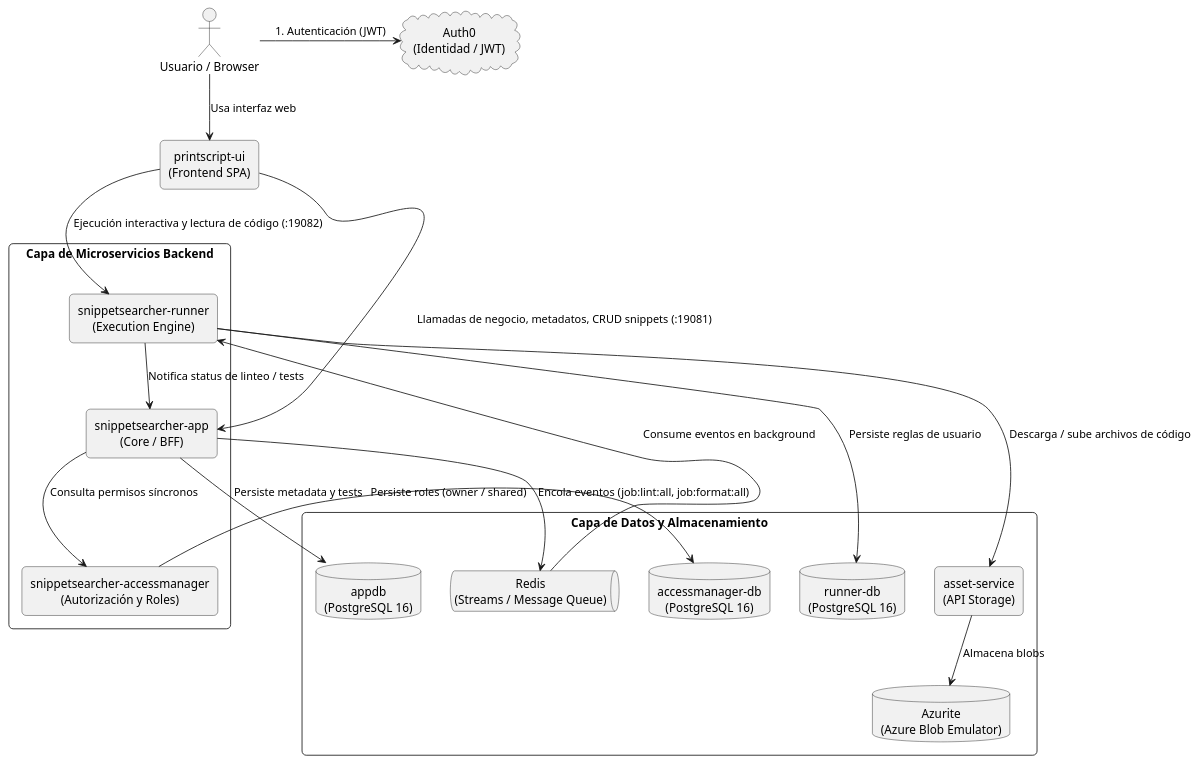
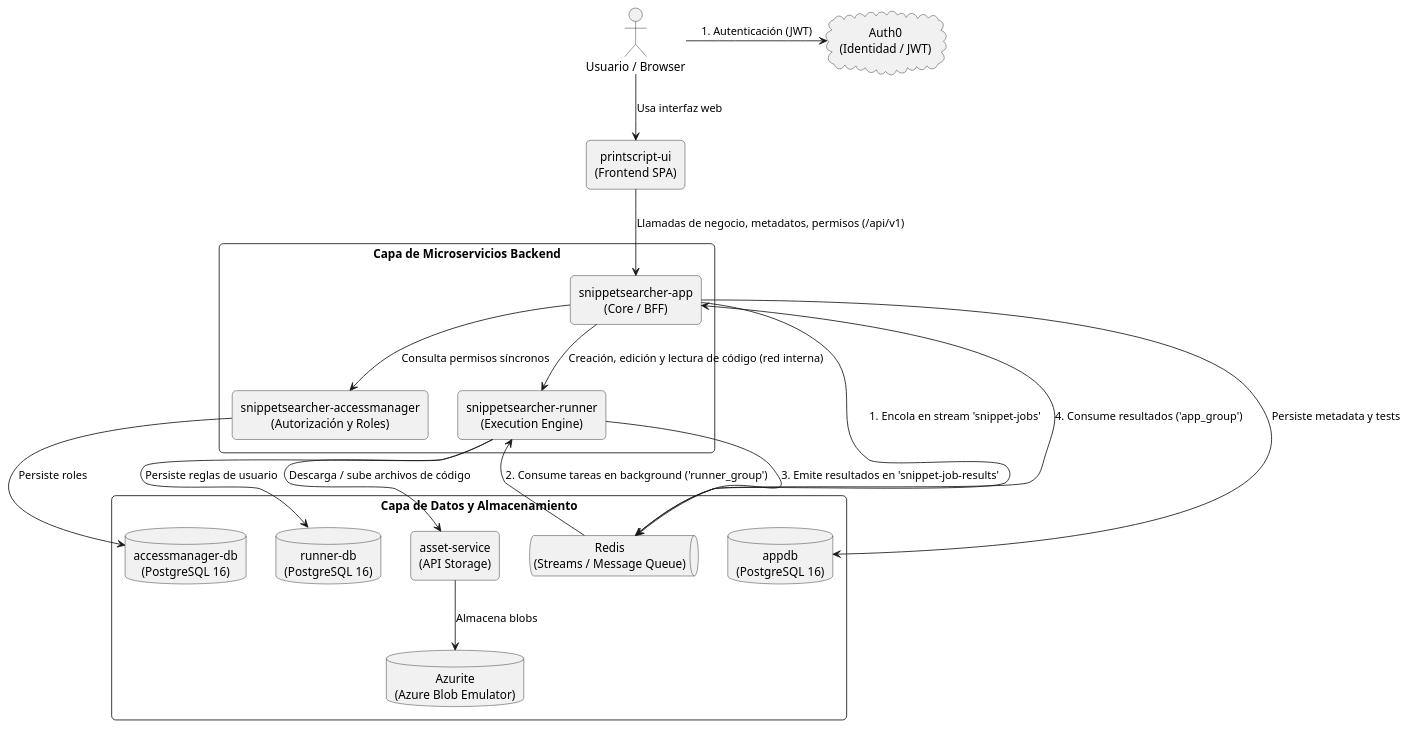
One commit to Grupo-14-INGSIS/SnippetSearcher-Infrastructure changed the diagram in Documentación/diagramas/arquitectura_sin_nginx.puml. Above: the diagram before and after it, drawn with PlantUML. The commit also changed 8 other files, not shown here.

Commit message:
docs: diagrama de arquitectura simple y diagramas detallados regenerados

```diff
--- a/Documentación/diagramas/arquitectura_sin_nginx.puml
+++ b/Documentación/diagramas/arquitectura_sin_nginx.puml
@@ -1,49 +1,48 @@
 @startuml Arquitectura_Sin_Nginx
 skinparam roundcorner 10
 skinparam defaultTextAlignment center
 skinparam shadowing false
 skinparam monochrome true
 skinparam packageStyle rectangle
 
 actor "Usuario / Browser" as client
 cloud "Auth0\n(Identidad / JWT)" as auth0
 rectangle "printscript-ui\n(Frontend SPA)" as ui
 
 package "Capa de Microservicios Backend" {
     rectangle "snippetsearcher-app\n(Core / BFF)" as app
     rectangle "snippetsearcher-runner\n(Execution Engine)" as runner
     rectangle "snippetsearcher-accessmanager\n(Autorización y Roles)" as access
 }
 
 package "Capa de Datos y Almacenamiento" {
     database "appdb\n(PostgreSQL 16)" as appdb
     database "runner-db\n(PostgreSQL 16)" as runnerdb
     database "accessmanager-db\n(PostgreSQL 16)" as accessdb
 
     queue "Redis\n(Streams / Message Queue)" as redis
     rectangle "asset-service\n(API Storage)" as asset
     database "Azurite\n(Azure Blob Emulator)" as azurite
 }
 
-' Flujos de cliente
 client -right-> auth0 : 1. Autenticación (JWT)
 client --> ui : Usa interfaz web
 
-' Comunicación directa Frontend -> Servicios (sin Nginx)
-ui --> app : Llamadas de negocio, metadatos, CRUD snippets (:19081)
-ui --> runner : Ejecución interactiva y lectura de código (:19082)
+ui --> app : Llamadas de negocio, metadatos, permisos (/api/v1)
+app --> runner : Creación, edición y lectura de código (red interna)
 
-' Comunicación entre Microservicios
 app --> access : Consulta permisos síncronos
-access --> accessdb : Persiste roles (owner / shared)
+access --> accessdb : Persiste roles
+app --> appdb : Persiste metadata y tests
 
-app --> appdb : Persiste metadata y tests
-app --> redis : Encola eventos (job:lint:all, job:format:all)
+' Redis Streams
+app --> redis : 1. Encola en stream 'snippet-jobs'
+redis --> runner : 2. Consume tareas en background ('runner_group')
+runner --> redis : 3. Emite resultados en 'snippet-job-results'
+redis --> app : 4. Consume resultados ('app_group')
 
-redis --> runner : Consume eventos en background
-runner --> app : Notifica status de linteo / tests
 runner --> runnerdb : Persiste reglas de usuario
 runner --> asset : Descarga / sube archivos de código
 asset --> azurite : Almacena blobs
 
 @enduml
```
